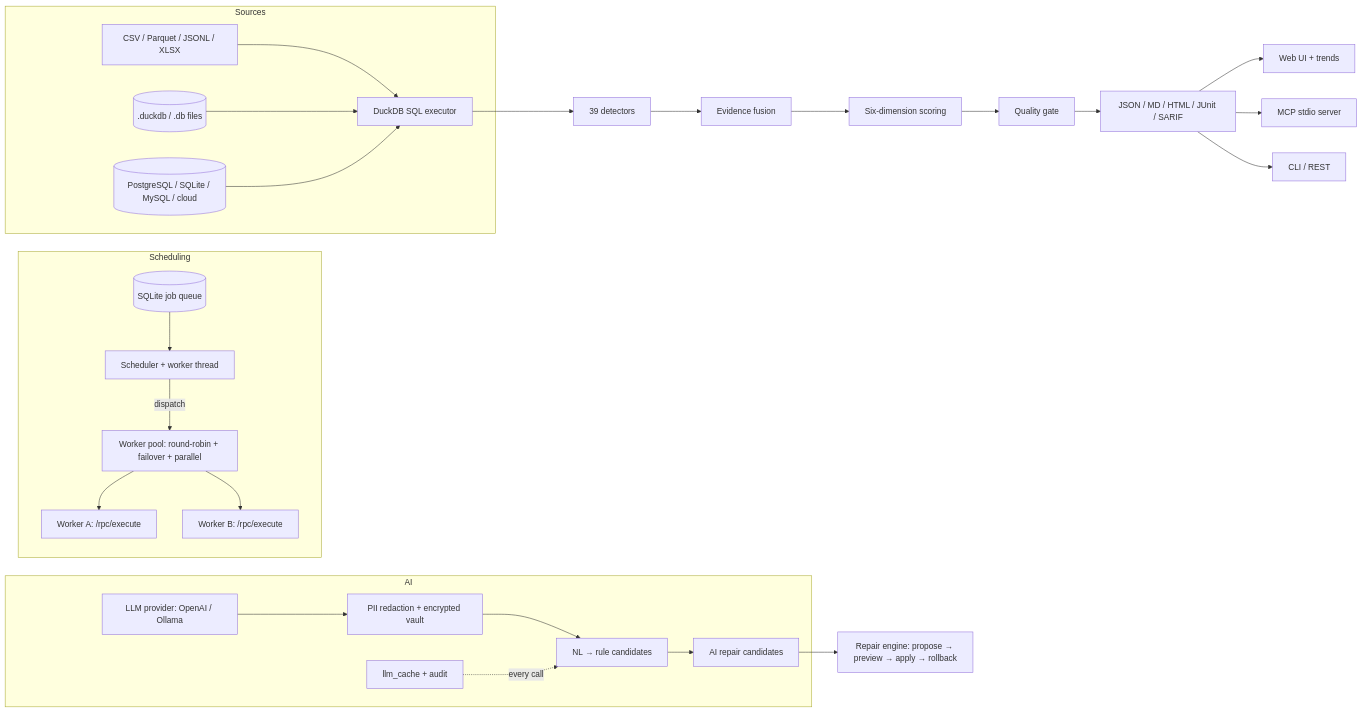
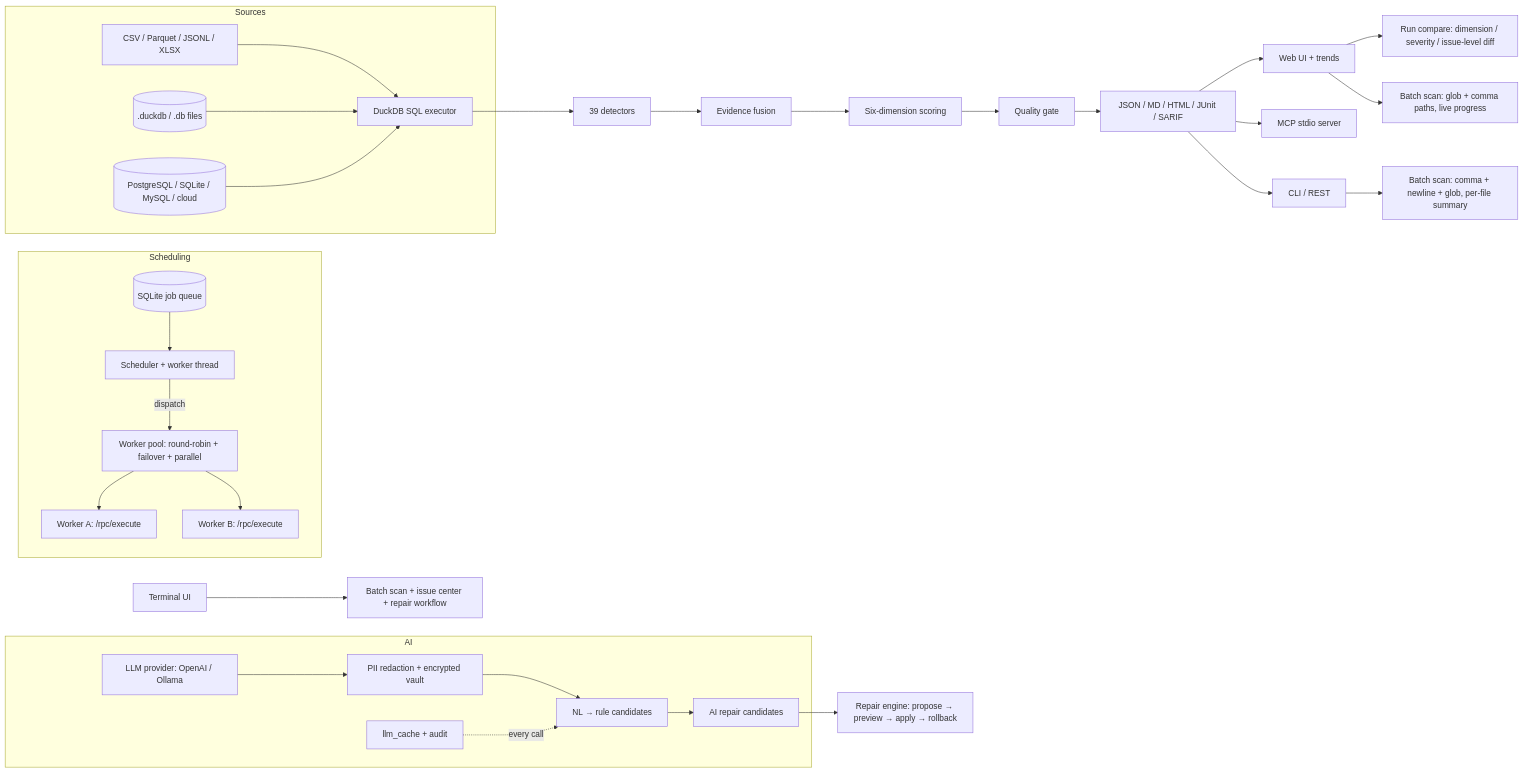
The diagram in README.md (Jackxiaozhiren/datasentry), drawn with Mermaid before and after one commit. The commit also changed 10 other files, not shown here.

Commit message:
feat: compare page issue-level diff (new/fixed/persistent groups with examples), README architecture update (bump v0.35.0)

````diff
--- a/README.md
+++ b/README.md
@@ -217,32 +217,36 @@
 ```mermaid
 flowchart LR
     subgraph Sources
         CSV[CSV / Parquet / JSONL / XLSX] --> Exec[DuckDB SQL executor]
         DDB[(.duckdb / .db files)] --> Exec
         PG[(PostgreSQL / SQLite / MySQL / cloud)] --> Exec
     end
     Exec --> Dets[39 detectors]
     Dets --> Fuse[Evidence fusion]
     Fuse --> Score[Six-dimension scoring]
     Score --> Gate[Quality gate]
     Gate --> Report[JSON / MD / HTML / JUnit / SARIF]
     Report --> UI[Web UI + trends]
+    UI --> Compare[Run compare: dimension / severity / issue-level diff]
+    UI --> BatchWeb[Batch scan: glob + comma paths, live progress]
     Report --> MCP[MCP stdio server]
     Report --> CLI[CLI / REST]
+    CLI --> BatchCLI[Batch scan: comma + newline + glob, per-file summary]
+    TUI[Terminal UI] --> BatchTUI[Batch scan + issue center + repair workflow]
     subgraph Scheduling
         Q[(SQLite job queue)] --> Sched[Scheduler + worker thread]
         Sched -->|dispatch| Pool[Worker pool: round-robin + failover + parallel]
         Pool --> W1[Worker A: /rpc/execute]
         Pool --> W2[Worker B: /rpc/execute]
     end
     subgraph AI
         LLM[LLM provider: OpenAI / Ollama]
         Red[PII redaction + encrypted vault]
         Audit[llm_cache + audit]
         LLM --> Red
         Red --> Rules[NL → rule candidates]
         Rules --> Repair[AI repair candidates]
         Audit -.->|every call| Rules
     end
     Repair --> RepairEngine[Repair engine: propose → preview → apply → rollback]
 ```
````
